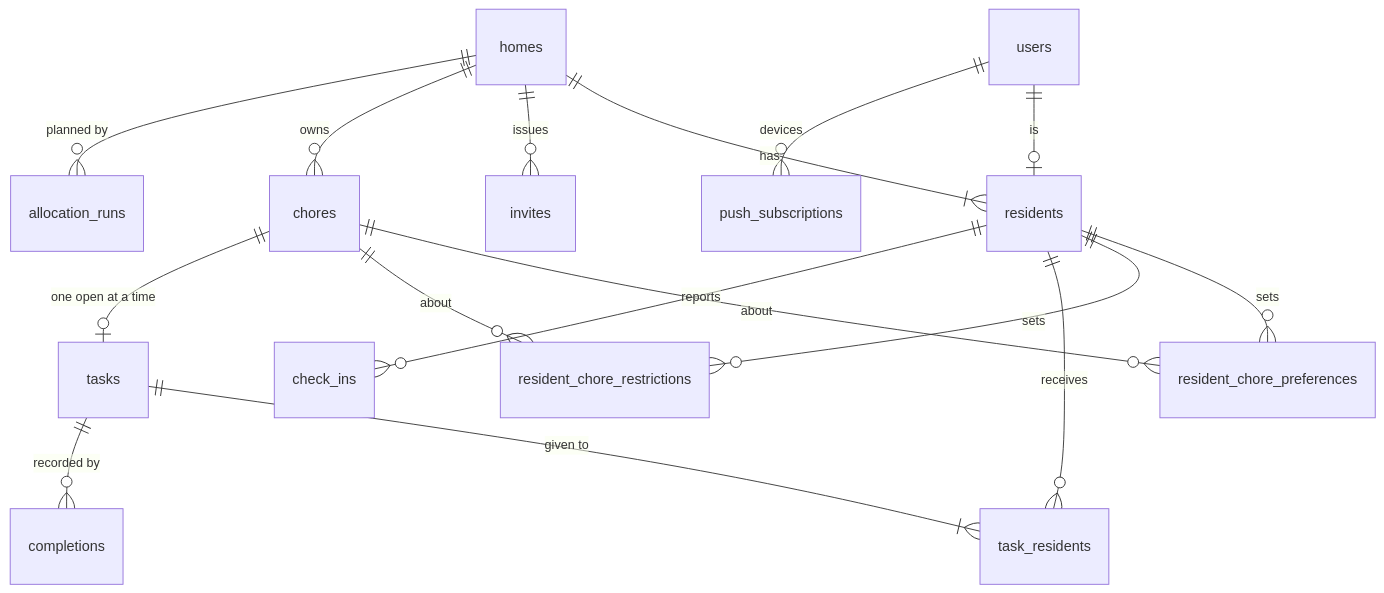
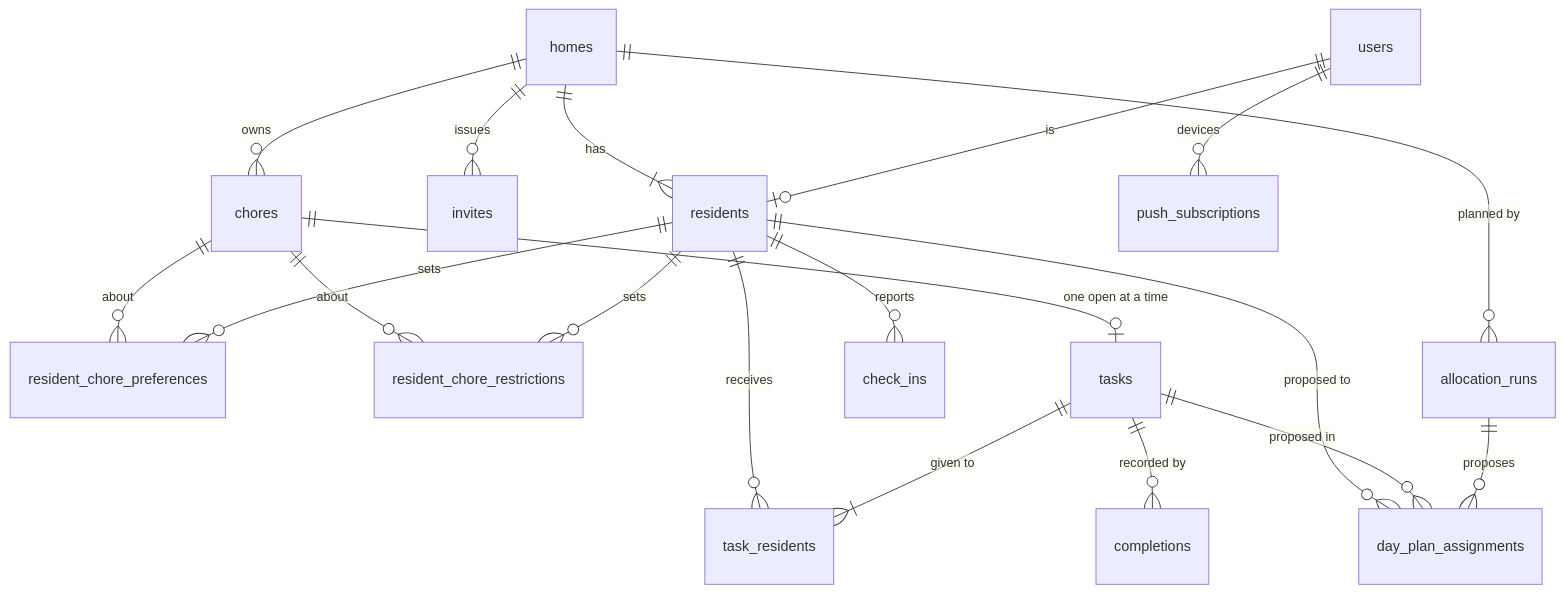
Before and after one commit to AbnerWillclefy/Homeowner: the diagram in docs/architecture/data-model.md, drawn with Mermaid. The commit also changed other lines of this file and 12 other files, not shown here.

````diff
--- a/docs/architecture/data-model.md
+++ b/docs/architecture/data-model.md
@@ -26,18 +27,21 @@
 ```mermaid
 erDiagram
     users ||--o| residents : "is"
     homes ||--|{ residents : "has"
     homes ||--o{ invites : "issues"
     homes ||--o{ chores : "owns"
     residents ||--o{ resident_chore_preferences : "sets"
     residents ||--o{ resident_chore_restrictions : "sets"
     chores ||--o{ resident_chore_preferences : "about"
     chores ||--o{ resident_chore_restrictions : "about"
     chores ||--o| tasks : "one open at a time"
     tasks ||--|{ task_residents : "given to"
     residents ||--o{ task_residents : "receives"
     tasks ||--o{ completions : "recorded by"
     residents ||--o{ check_ins : "reports"
     users ||--o{ push_subscriptions : "devices"
     homes ||--o{ allocation_runs : "planned by"
+    allocation_runs ||--o{ day_plan_assignments : "proposes"
+    tasks ||--o{ day_plan_assignments : "proposed in"
+    residents ||--o{ day_plan_assignments : "proposed to"
 ```
````
